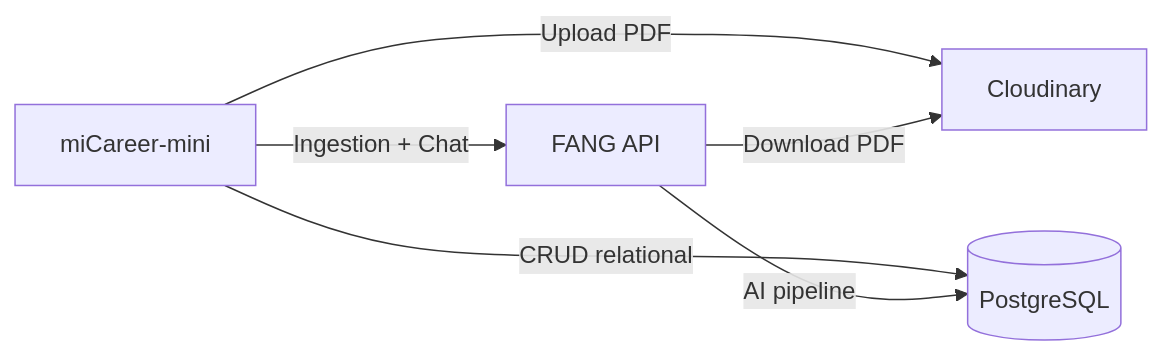
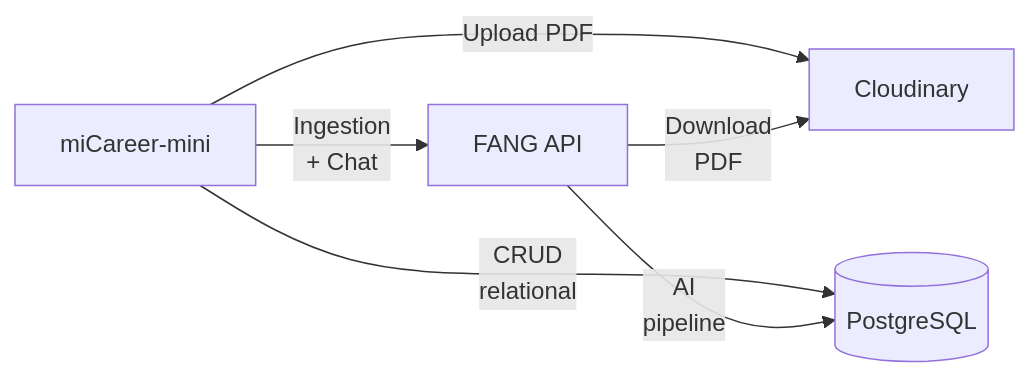
The second of 2 diagrams in docs/candidate_apply_strategy.md (PTIT-TTCS-Team-5/miCareer-mini), drawn with Mermaid before and after one commit. The commit also changed 5 other files, not shown here.

Commit message:
docs: cập nhật tài liệu candidate apply v2 và tối ưu sơ đồ Mermaid

````diff
--- a/docs/candidate_apply_strategy.md
+++ b/docs/candidate_apply_strategy.md
@@ -274,8 +274,8 @@
 ```mermaid
 graph LR
     A[miCareer-mini] -->|Upload PDF| B[Cloudinary]
-    A -->|CRUD relational| C[(PostgreSQL)]
-    A -->|Ingestion + Chat| D[FANG API]
-    D -->|Download PDF| B
-    D -->|AI pipeline| C
+    A -->|CRUD<br/>relational| C[(PostgreSQL)]
+    A -->|Ingestion<br/>+ Chat| D[FANG API]
+    D -->|Download<br/>PDF| B
+    D -->|AI<br/>pipeline| C
 ```
````
